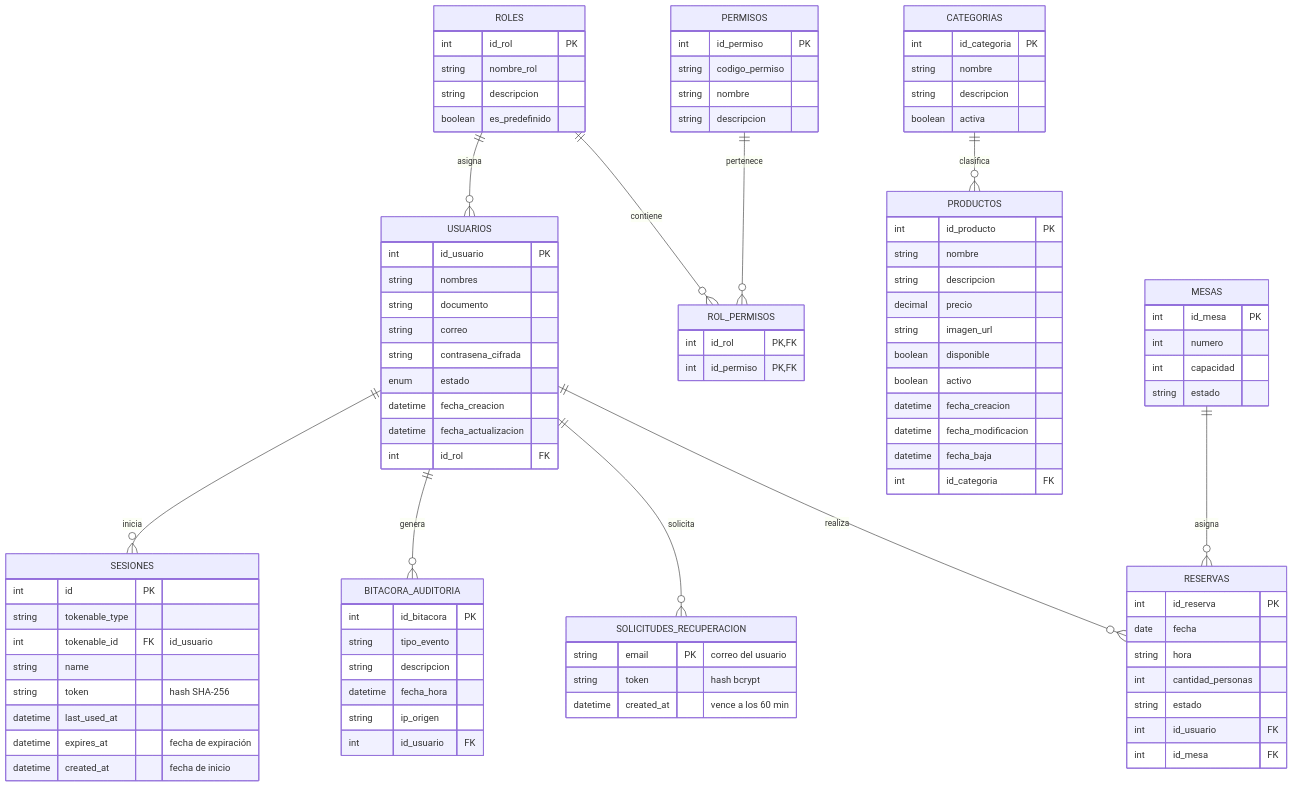
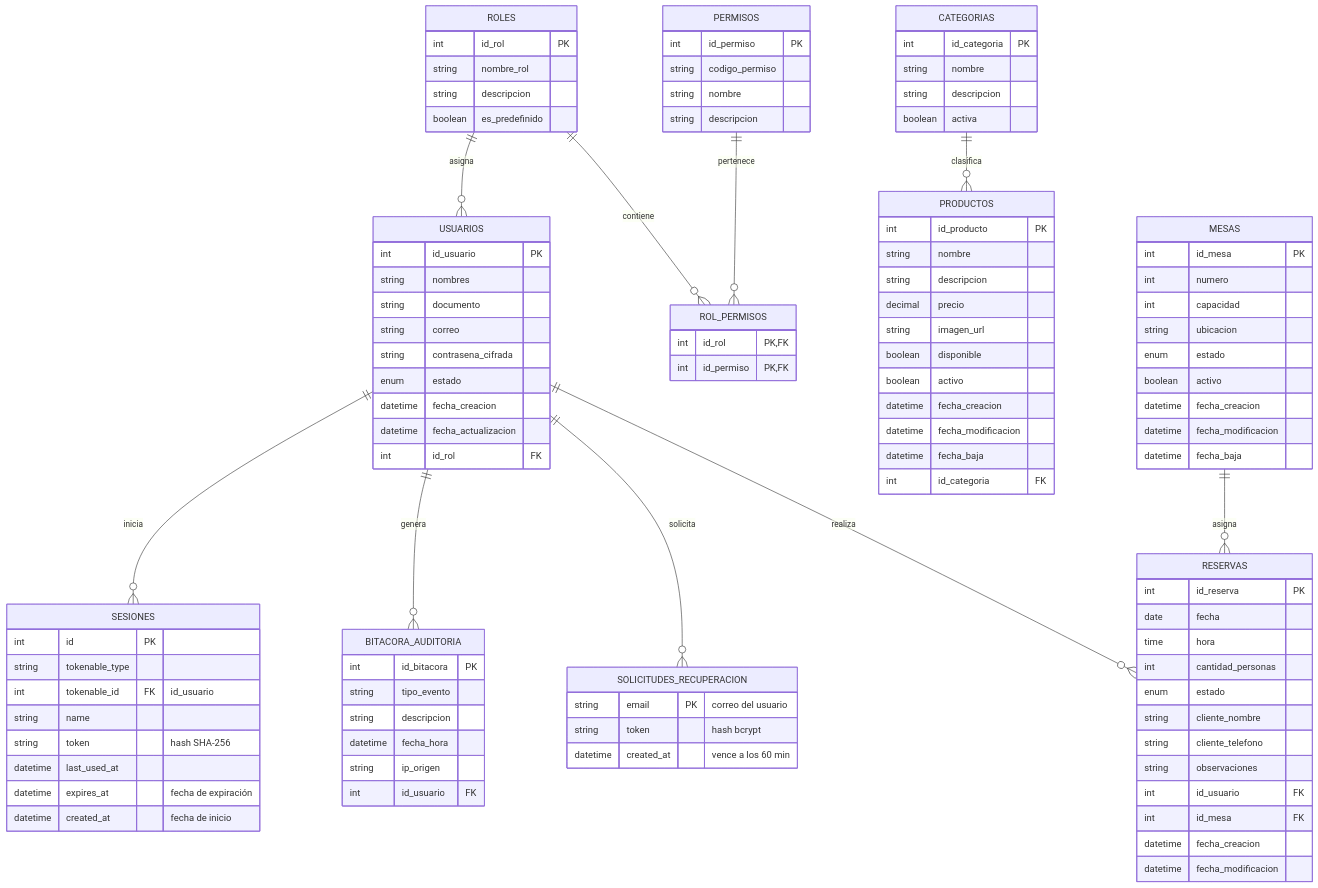
Before and after one commit to frankiller95/restaurante-siar: the diagram in docs/MODELO_ER.md, drawn with Mermaid. The commit also changed other lines of this file and 50 other files, not shown here.

````diff
--- a/docs/MODELO_ER.md
+++ b/docs/MODELO_ER.md
@@ -104,16 +104,26 @@
         int id_mesa PK
         int numero
         int capacidad
-        string estado
+        string ubicacion
+        enum estado
+        boolean activo
+        datetime fecha_creacion
+        datetime fecha_modificacion
+        datetime fecha_baja
     }
 
     RESERVAS {
         int id_reserva PK
         date fecha
-        string hora
+        time hora
         int cantidad_personas
-        string estado
+        enum estado
+        string cliente_nombre
+        string cliente_telefono
+        string observaciones
         int id_usuario FK
         int id_mesa FK
+        datetime fecha_creacion
+        datetime fecha_modificacion
     }
 ```
````
